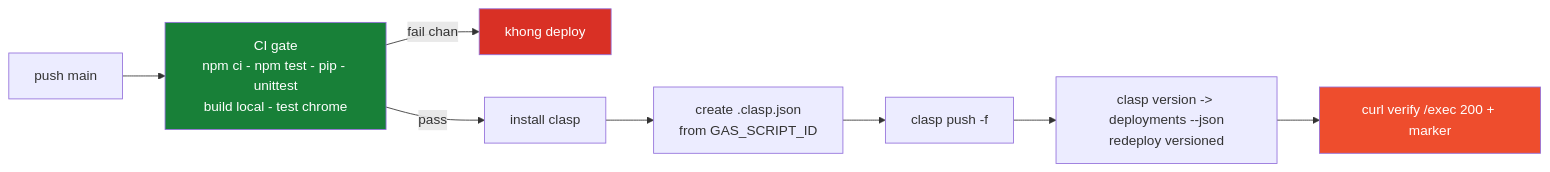
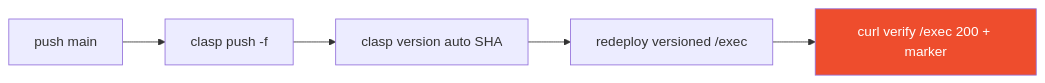
Before and after one commit to Duc-Nguyen-739/spx-diem-danh: the second of 2 diagrams in README.md, drawn with Mermaid. The commit also changed other lines of this file, not shown here.

Commit message:
docs(readme): rework hot 2026 — bento, TL;DR, cache details, deploy flow

````diff
--- a/README.md
+++ b/README.md
@@ -332,13 +373,8 @@
 ```mermaid
 flowchart LR
-    A[push main] --> B[CI gate<br>npm ci - npm test - pip - unittest<br>build local - test chrome]
-    B -->|fail chan| Z[khong deploy]
-    B -->|pass| C[install clasp]
-    C --> D[create .clasp.json<br>from GAS_SCRIPT_ID]
-    D --> E[clasp push -f]
-    E --> F[clasp version -> deployments --json<br>redeploy versioned]
-    F --> G[curl verify /exec 200 + marker]
-    style B fill:#188038,color:#fff
-    style Z fill:#D93025,color:#fff
+    A[push main] --> B[clasp push -f]
+    B --> C[clasp version auto SHA]
+    C --> D[redeploy versioned /exec]
+    D --> G[curl verify /exec 200 + marker]
     style G fill:#EE4D2D,color:#fff
 ```
````
